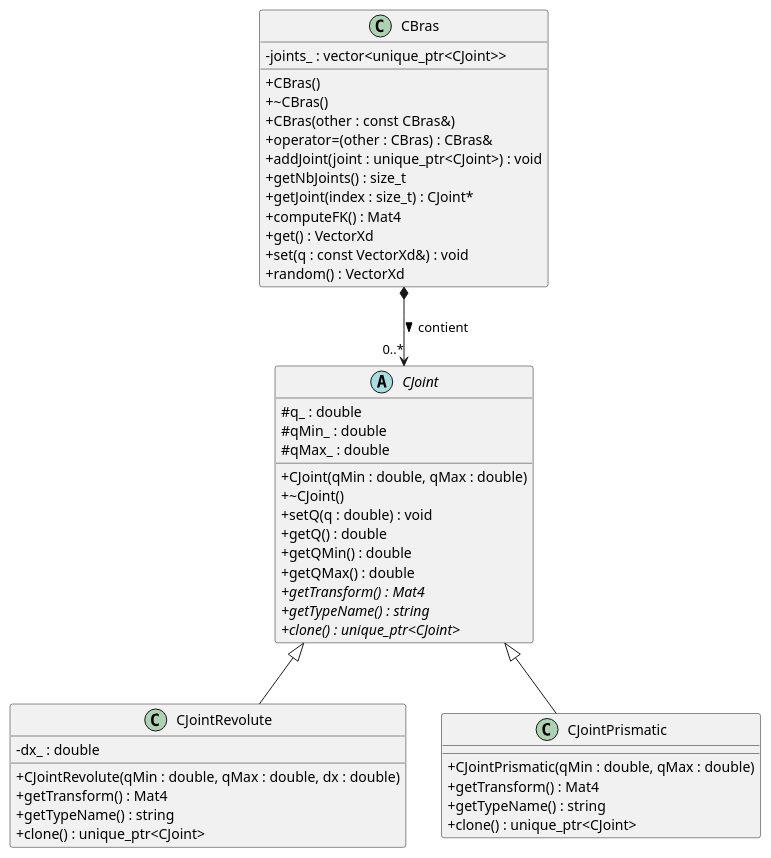
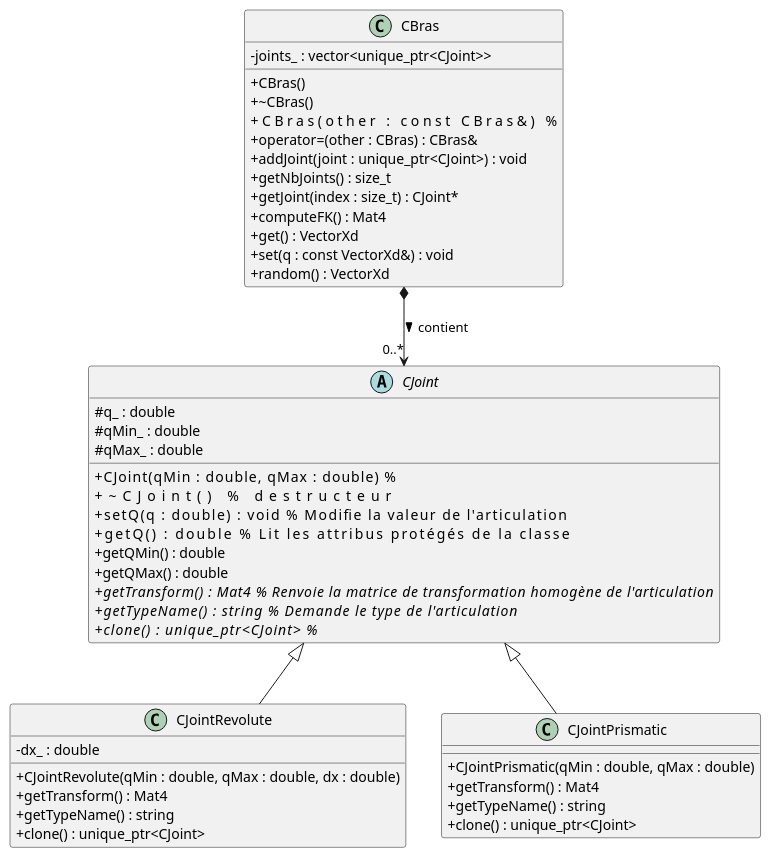
One commit to Basmorx/TP_Cpp_ROB4 changed the diagram in Projet_CPP/plantuml_export.puml. Above: the diagram before and after it, drawn with PlantUML. The commit also changed 1 other file, not shown here.

```diff
--- a/Projet_CPP/plantuml_export.puml
+++ b/Projet_CPP/plantuml_export.puml
@@ -1,53 +1,53 @@
 @startuml
 skinparam classAttributeIconSize 0
 
 abstract class CJoint {
   # q_ : double
   # qMin_ : double
   # qMax_ : double
-  + CJoint(qMin : double, qMax : double)
-  + ~CJoint()
-  + setQ(q : double) : void
-  + getQ() : double
+  + CJoint(qMin : double, qMax : double)            % 
+  + ~CJoint()                                       % destructeur
+  + setQ(q : double) : void                         % Modifie la valeur de l'articulation
+  + getQ() : double                                 % Lit les attribus protégés de la classe
   + getQMin() : double
   + getQMax() : double
-  + {abstract} getTransform() : Mat4
-  + {abstract} getTypeName() : string
-  + {abstract} clone() : unique_ptr<CJoint>
+  + {abstract} getTransform() : Mat4                % Renvoie la matrice de transformation homogène de l'articulation 
+  + {abstract} getTypeName() : string               % Demande le type de l'articulation
+  + {abstract} clone() : unique_ptr<CJoint>         % 
 }
 
 class CJointRevolute {
   - dx_ : double
-  + CJointRevolute(qMin : double, qMax : double, dx : double)
+  + CJointRevolute(qMin : double, qMax : double, dx : double)         
   + getTransform() : Mat4
   + getTypeName() : string
   + clone() : unique_ptr<CJoint>
 }
 
 class CJointPrismatic {
   + CJointPrismatic(qMin : double, qMax : double)
   + getTransform() : Mat4
   + getTypeName() : string
   + clone() : unique_ptr<CJoint>
 }
 
 class CBras {
   - joints_ : vector<unique_ptr<CJoint>>
   + CBras()
   + ~CBras()
-  + CBras(other : const CBras&)
+  + CBras(other : const CBras&)                             %
   + operator=(other : CBras) : CBras&
   + addJoint(joint : unique_ptr<CJoint>) : void
   + getNbJoints() : size_t
   + getJoint(index : size_t) : CJoint*
   + computeFK() : Mat4
   + get() : VectorXd
   + set(q : const VectorXd&) : void
   + random() : VectorXd
 }
 
 CJoint <|-- CJointRevolute
 CJoint <|-- CJointPrismatic
 CBras *--> "0..*" CJoint : contient >
 
 @enduml
```
